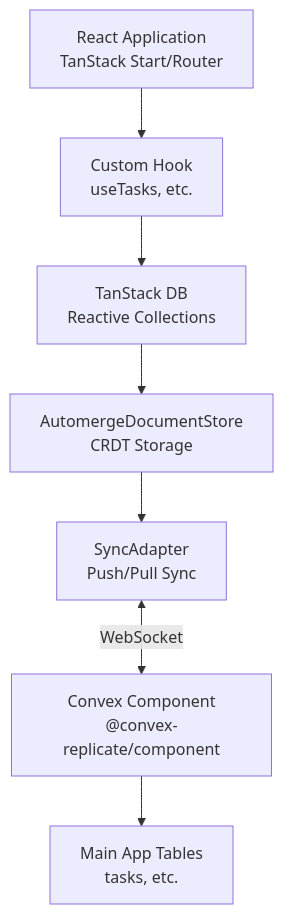
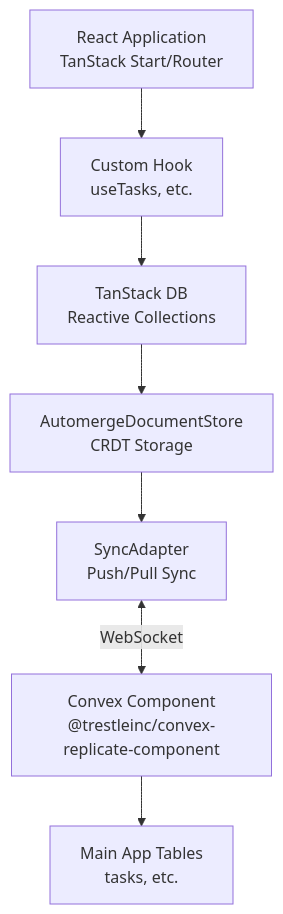
One commit to trestleinc/convex-replicate changed the first of 3 diagrams in README.md. Above: the diagram before and after it, drawn with Mermaid. The commit also changed other lines of this file and 8 other files, not shown here.

````diff
--- a/README.md
+++ b/README.md
@@ -24,17 +24,17 @@
 ```mermaid
 graph TB
     App[React Application<br/>TanStack Start/Router]
     Hook[Custom Hook<br/>useTasks, etc.]
     TanStack[TanStack DB<br/>Reactive Collections]
     Store[AutomergeDocumentStore<br/>CRDT Storage]
     Adapter[SyncAdapter<br/>Push/Pull Sync]
-    Component[Convex Component<br/>@convex-replicate/component]
+    Component[Convex Component<br/>@trestleinc/convex-replicate-component]
     MainTable[Main App Tables<br/>tasks, etc.]
 
     App --> Hook
     Hook --> TanStack
     TanStack --> Store
     Store --> Adapter
     Adapter <-->|WebSocket| Component
     Component --> MainTable
 ```
````
